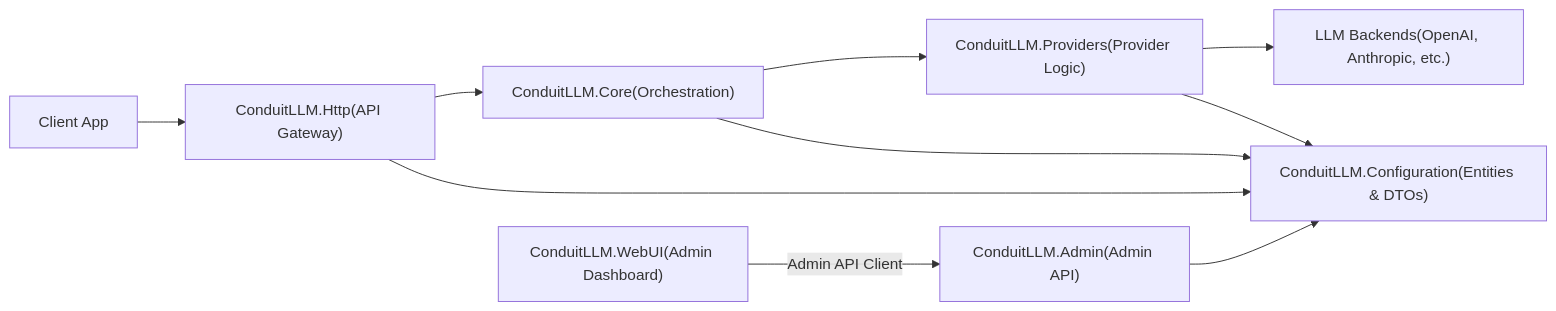
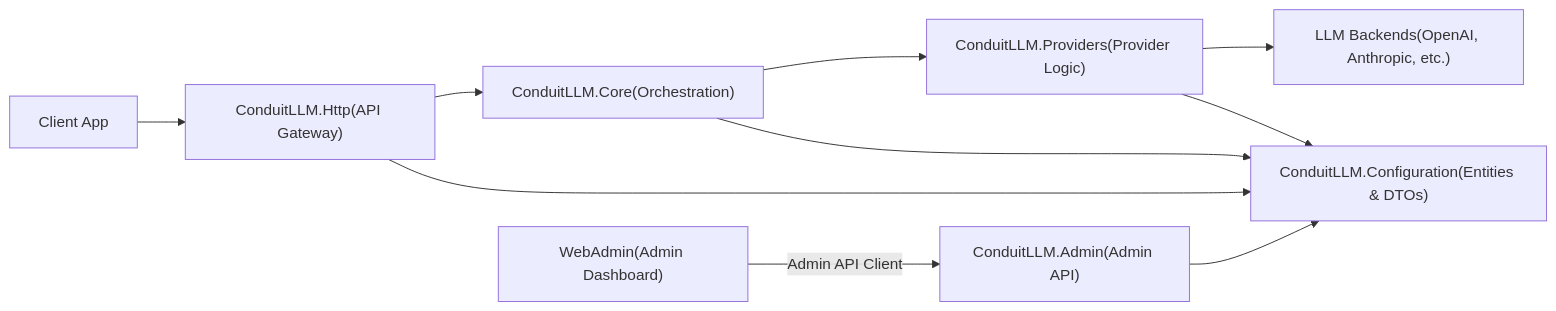
The diagram in README.md (knnlabs/Conduit), drawn with Mermaid before and after one commit. The commit also changed other lines of this file and 39 other files, not shown here.

Commit message:
Chore: Misc. file changes related to WebAdmin directory change.

````diff
--- a/README.md
+++ b/README.md
@@ -79,22 +79,22 @@
 ```mermaid
 flowchart LR
-    WebUI["ConduitLLM.WebUI(Admin Dashboard)"]
+    WebUI["WebAdmin(Admin Dashboard)"]
     AdminAPI["ConduitLLM.Admin(Admin API)"]
     Http["ConduitLLM.Http(API Gateway)"]
     Core["ConduitLLM.Core(Orchestration)"]
     Providers["ConduitLLM.Providers(Provider Logic)"]
     Config["ConduitLLM.Configuration(Entities & DTOs)"]
     LLM["LLM Backends(OpenAI, Anthropic, etc.)"]
     
     WebUI -->|Admin API Client| AdminAPI
     AdminAPI --> Config
     
     Client["Client App"] --> Http
     Http --> Core
     Core --> Providers
     Providers --> LLM
     
     Http --> Config
     Core --> Config
     Providers --> Config
 ```
````
